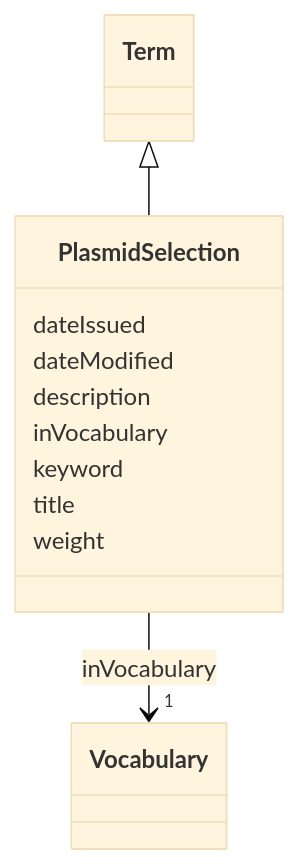
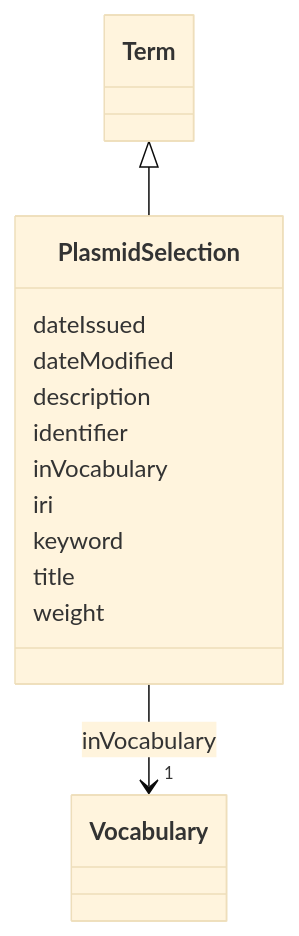
The diagram in models/docs/PlasmidSelection.md (EVORA-project/evora-ontology), drawn with Mermaid (base theme) before and after one commit. The commit also changed other lines of this file and 391 other files, not shown here.

````diff
--- a/models/docs/PlasmidSelection.md
+++ b/models/docs/PlasmidSelection.md
@@ -19,30 +19,34 @@
 ```mermaid
  classDiagram
     class PlasmidSelection
     click PlasmidSelection href "../PlasmidSelection"
       Term <|-- PlasmidSelection
         click Term href "../Term"
       
       PlasmidSelection : dateIssued
         
       PlasmidSelection : dateModified
         
       PlasmidSelection : description
         
+      PlasmidSelection : identifier
+        
       PlasmidSelection : inVocabulary
         
           
     
     
     PlasmidSelection --> "1" Vocabulary : inVocabulary
     click Vocabulary href "../Vocabulary"
 
         
+      PlasmidSelection : iri
+        
       PlasmidSelection : keyword
         
       PlasmidSelection : title
         
       PlasmidSelection : weight
         
       
 ```
````
